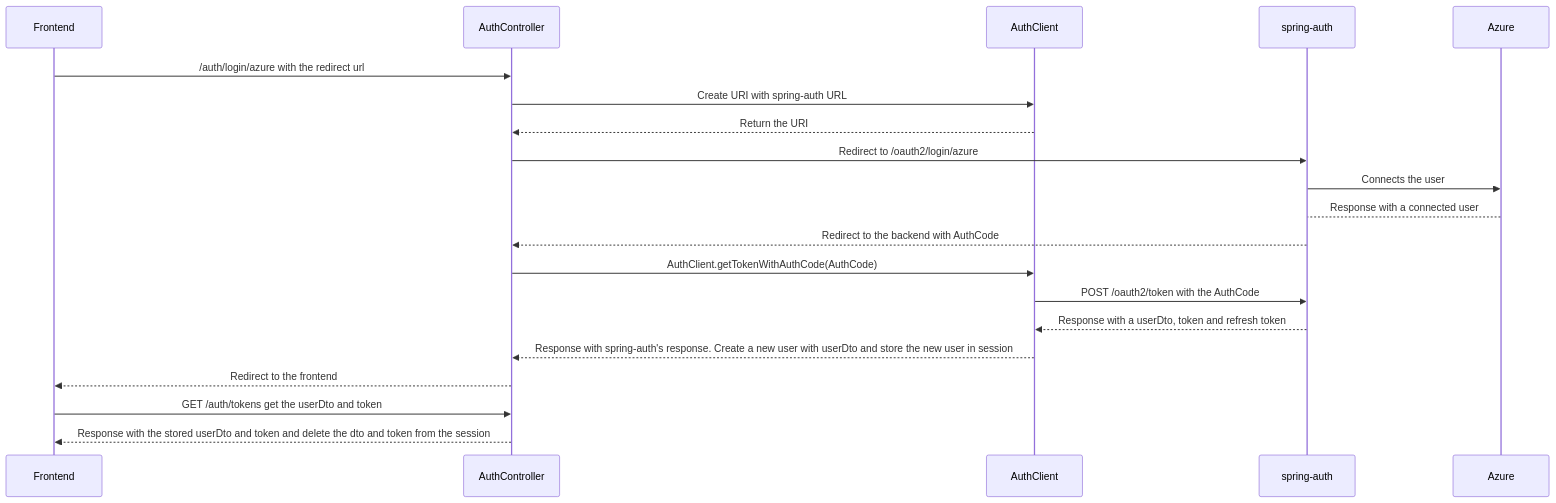
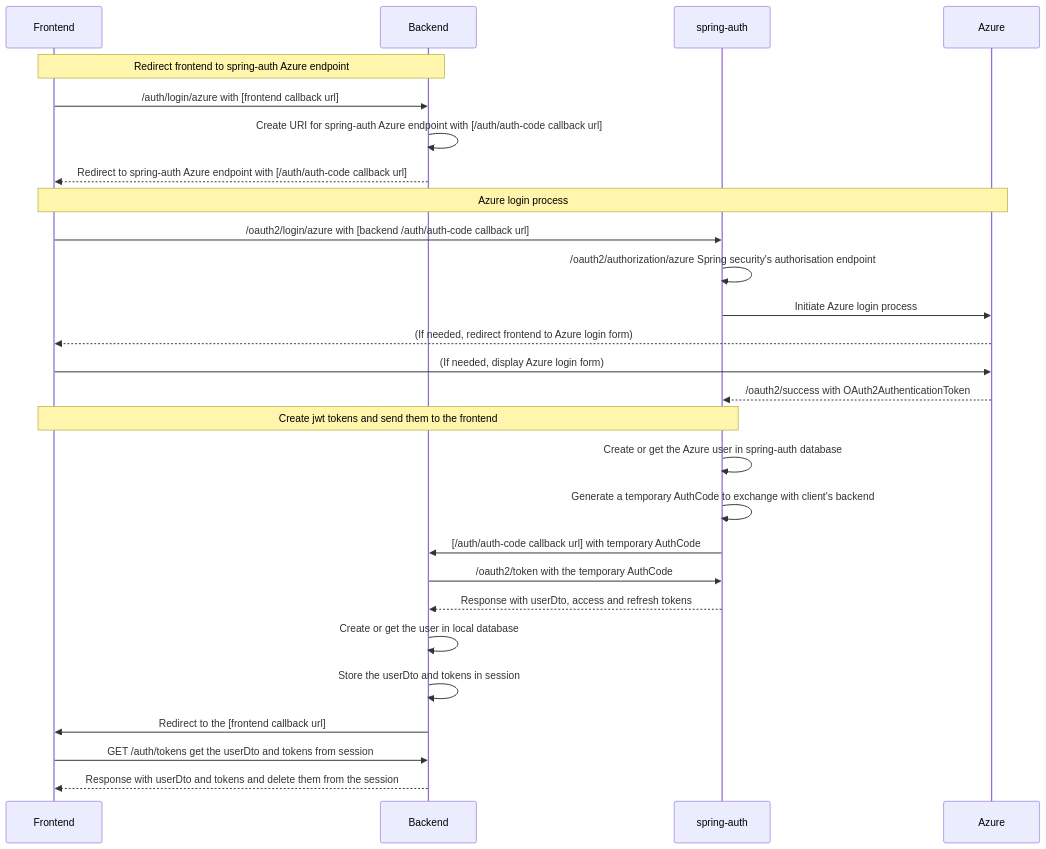
The second of 8 diagrams in doc/process-documentation.md (OrifInformatique/template_frontback), drawn with Mermaid before and after one commit.

Commit message:
doc(auth): rework Azure login sequence Diagram

````diff
--- a/doc/process-documentation.md
+++ b/doc/process-documentation.md
@@ -138,23 +138,32 @@
 ```mermaid
 sequenceDiagram
     participant Frontend
-    participant AuthController
-    participant AuthClient
+    participant Backend
     participant spring-auth
     participant Azure
  
-    Frontend->>AuthController: /auth/login/azure with the redirect url
-    AuthController->>AuthClient: Create URI with spring-auth URL
-    AuthClient-->>AuthController: Return the URI
-    AuthController->>spring-auth: Redirect to /oauth2/login/azure
-    spring-auth->>Azure: Connects the user
-    Azure-->spring-auth: Response with a connected user
-    spring-auth-->>AuthController: Redirect to the backend with AuthCode
-    AuthController->>AuthClient: AuthClient.getTokenWithAuthCode(AuthCode)
-    AuthClient->>spring-auth: POST /oauth2/token with the AuthCode
-    spring-auth-->>AuthClient: Response with a userDto, token and refresh token
-    AuthClient-->>AuthController: Response with spring-auth's response. Create a new user with userDto and store the new user in session
-    AuthController-->>Frontend: Redirect to the frontend
-    Frontend->>AuthController: GET /auth/tokens get the userDto and token
-    AuthController-->>Frontend: Response with the stored userDto and token and delete the dto and token from the session
+    Note over Frontend,Backend: Redirect frontend to spring-auth Azure endpoint
+    Frontend->>Backend: /auth/login/azure with [frontend callback url]
+    Backend->>Backend: Create URI for spring-auth Azure endpoint with [/auth/auth-code callback url]
+    Backend-->>Frontend: Redirect to spring-auth Azure endpoint with [/auth/auth-code callback url]
+
+    Note over Frontend,Azure: Azure login process
+    Frontend->>spring-auth: /oauth2/login/azure with [backend /auth/auth-code callback url]
+    spring-auth->>spring-auth: /oauth2/authorization/azure Spring security's authorisation endpoint
+    spring-auth->>Azure: Initiate Azure login process
+    Azure-->>Frontend: (If needed, redirect frontend to Azure login form)
+    Frontend->>Azure: (If needed, display Azure login form)
+    Azure-->>spring-auth: /oauth2/success with OAuth2AuthenticationToken
+
+    Note over Frontend, spring-auth: Create jwt tokens and send them to the frontend
+    spring-auth->>spring-auth: Create or get the Azure user in spring-auth database
+    spring-auth->>spring-auth: Generate a temporary AuthCode to exchange with client's backend
+    spring-auth->>Backend: [/auth/auth-code callback url] with temporary AuthCode
+    Backend->>spring-auth: /oauth2/token with the temporary AuthCode
+    spring-auth-->>Backend: Response with userDto, access and refresh tokens
+    Backend->>Backend: Create or get the user in local database
+    Backend->>Backend: Store the userDto and tokens in session
+    Backend->>Frontend: Redirect to the [frontend callback url]
+    Frontend->>Backend: GET /auth/tokens get the userDto and tokens from session
+    Backend-->>Frontend: Response with userDto and tokens and delete them from the session
 ```
````
